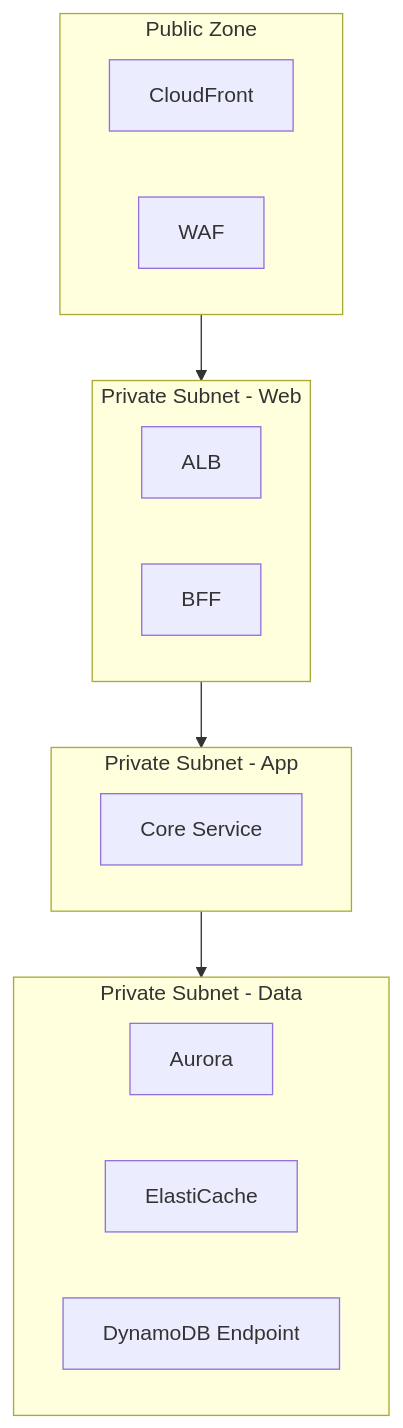
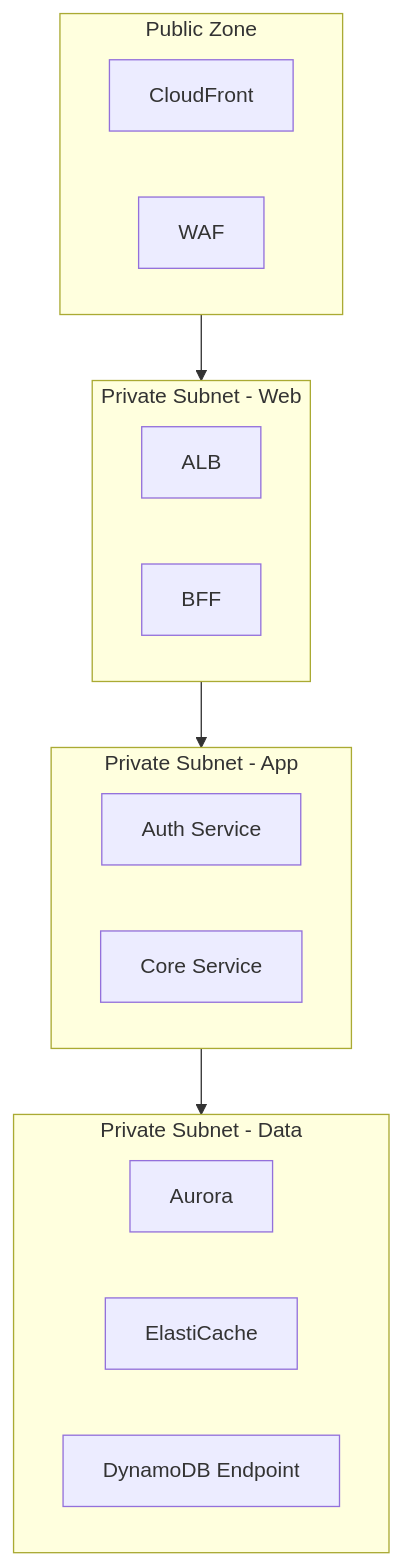
Before and after one commit to ka2kama/ringiflow: the fifth of 5 diagrams in docs/02_基本設計書/00_アーキテクチャ概要.md, drawn with Mermaid. The commit also changed other lines of this file and 2 other files, not shown here.

First line of the commit message:
#301 Add document update triggers for architecture changes (#304)

````diff
--- a/docs/02_基本設計書/00_アーキテクチャ概要.md
+++ b/docs/02_基本設計書/00_アーキテクチャ概要.md
@@ -159,26 +165,27 @@
 ```mermaid
 flowchart TB
     subgraph Public["Public Zone"]
         CF["CloudFront"]
         WAF["WAF"]
     end
 
     subgraph PrivateWeb["Private Subnet - Web"]
         ALB["ALB"]
         BFF["BFF"]
     end
 
     subgraph PrivateApp["Private Subnet - App"]
+        Auth["Auth Service"]
         Core["Core Service"]
     end
 
     subgraph PrivateData["Private Subnet - Data"]
         Aurora["Aurora"]
         Redis["ElastiCache"]
         DynamoDB["DynamoDB Endpoint"]
     end
 
     Public --> PrivateWeb
     PrivateWeb --> PrivateApp
     PrivateApp --> PrivateData
 ```
````
